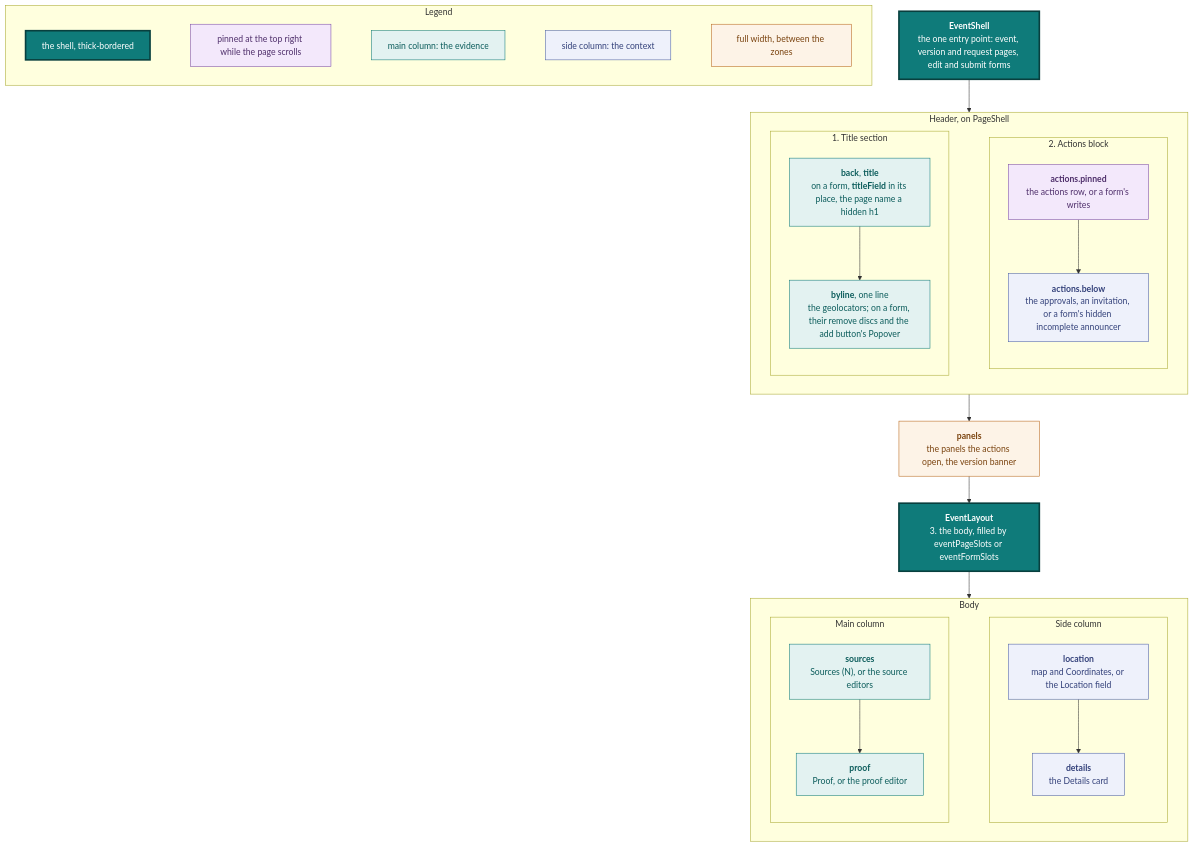
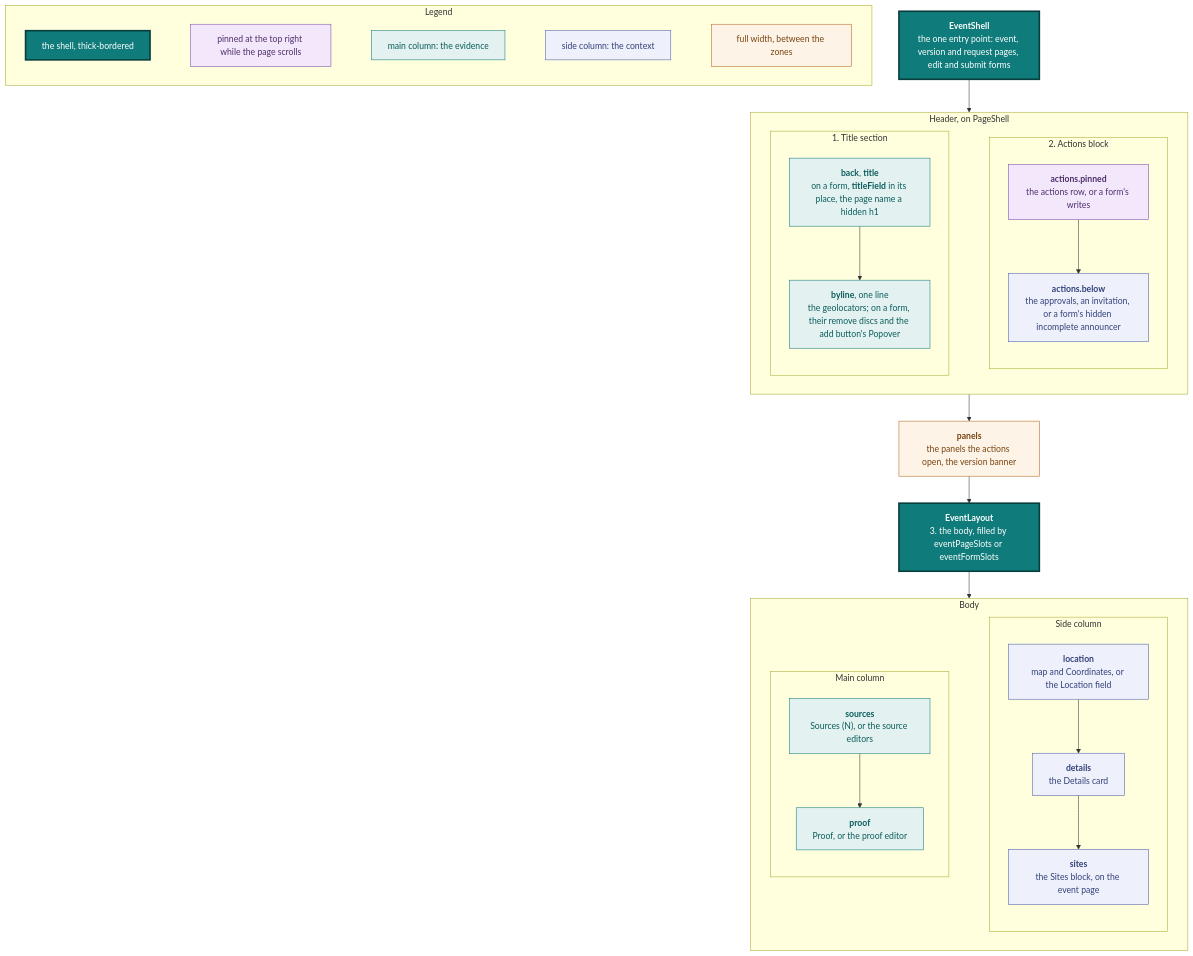
Before and after one commit to vidithq/vidit: the sixth of 17 diagrams in docs/design.md, drawn with Mermaid. The commit also changed other lines of this file and 97 other files, not shown here.

````diff
--- a/docs/design.md
+++ b/docs/design.md
@@ -691,71 +701,73 @@
 ```mermaid
 flowchart TB
   classDef core fill:#0f7b7a,stroke:#083f3e,stroke-width:3px,color:#ffffff
   classDef pinned fill:#f3e8fb,stroke:#7a4aa5,color:#4f2f6b
   classDef shared fill:#e3f2f1,stroke:#0f7b7a,color:#0b5c5b
   classDef spec fill:#eef1fb,stroke:#4a5fa5,color:#33417a
   classDef state fill:#fdf3e7,stroke:#b8661a,color:#7a430f
 
   subgraph legend [Legend]
     direction LR
     l1["`the shell, thick-bordered`"]:::core
     l5["`pinned at the top right while the page scrolls`"]:::pinned
     l2["`main column: the evidence`"]:::shared
     l3["`side column: the context`"]:::spec
     l4["`full width, between the zones`"]:::state
     l1 ~~~ l5 ~~~ l2 ~~~ l3 ~~~ l4
   end
 
   shell["`**EventShell**
   the one entry point: event, version and request pages, edit and submit forms`"]:::core
 
   subgraph top [Header, on PageShell]
     direction LR
     subgraph titlesection [1. Title section]
       direction TB
       heading["`**back**, **title**
       on a form, **titleField** in its place, the page name a hidden h1`"]:::shared
       byline["`**byline**, one line
       the geolocators; on a form, their remove discs and the add button's Popover`"]:::shared
       heading --> byline
     end
     subgraph actionsblock [2. Actions block]
       direction TB
       pinned["`**actions.pinned**
       the actions row, or a form's writes`"]:::pinned
       under["`**actions.below**
       the approvals, an invitation, or a form's hidden incomplete announcer`"]:::spec
       pinned --> under
     end
     titlesection ~~~ actionsblock
   end
 
   between["`**panels**
   the panels the actions open, the version banner`"]:::state
 
   layout["`**EventLayout**
   3. the body, filled by eventPageSlots or eventFormSlots`"]:::core
 
   subgraph body [Body]
     direction LR
     subgraph main [Main column]
       direction TB
       sources["`**sources**
       Sources (N), or the source editors`"]:::shared
       proof["`**proof**
       Proof, or the proof editor`"]:::shared
       sources --> proof
     end
     subgraph side [Side column]
       direction TB
       location["`**location**
       map and Coordinates, or the Location field`"]:::spec
       details["`**details**
       the Details card`"]:::spec
-      location --> details
+      sites["`**sites**
+      the Sites block, on the event page`"]:::spec
+      location --> details --> sites
     end
     main ~~~ side
   end
 
   shell --> top --> between --> layout --> body
 ```
````
